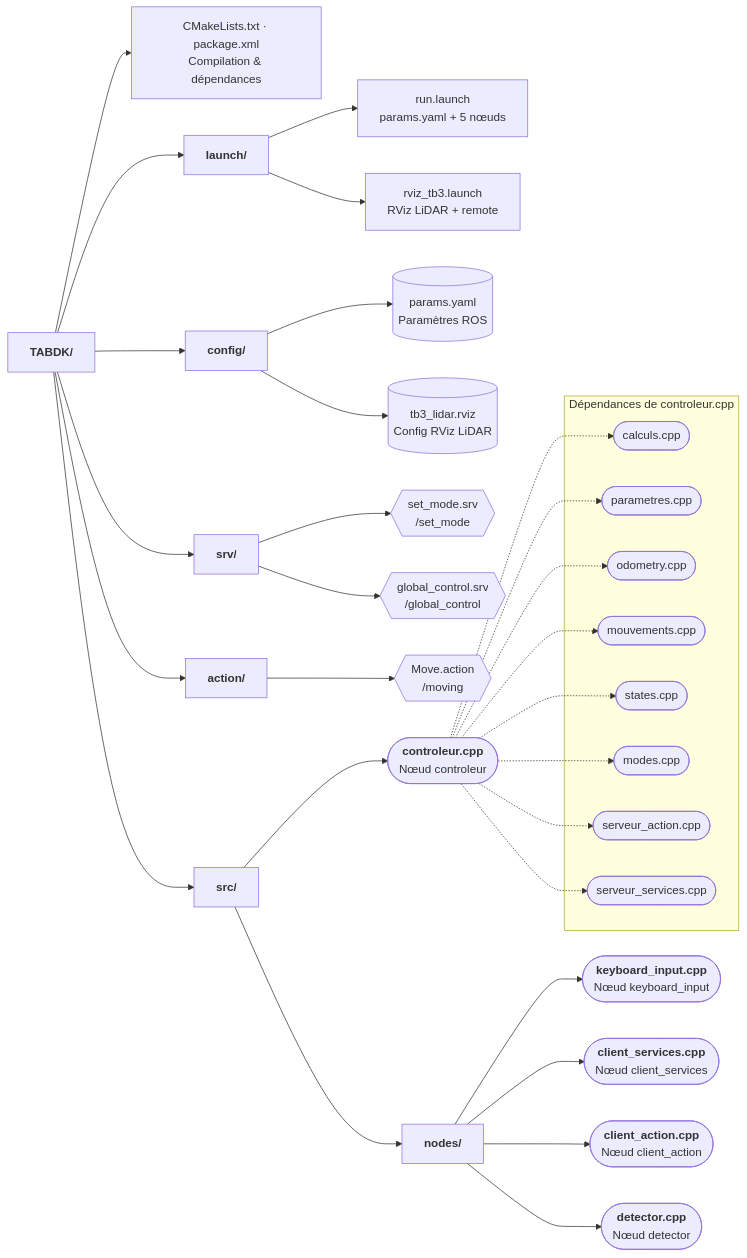
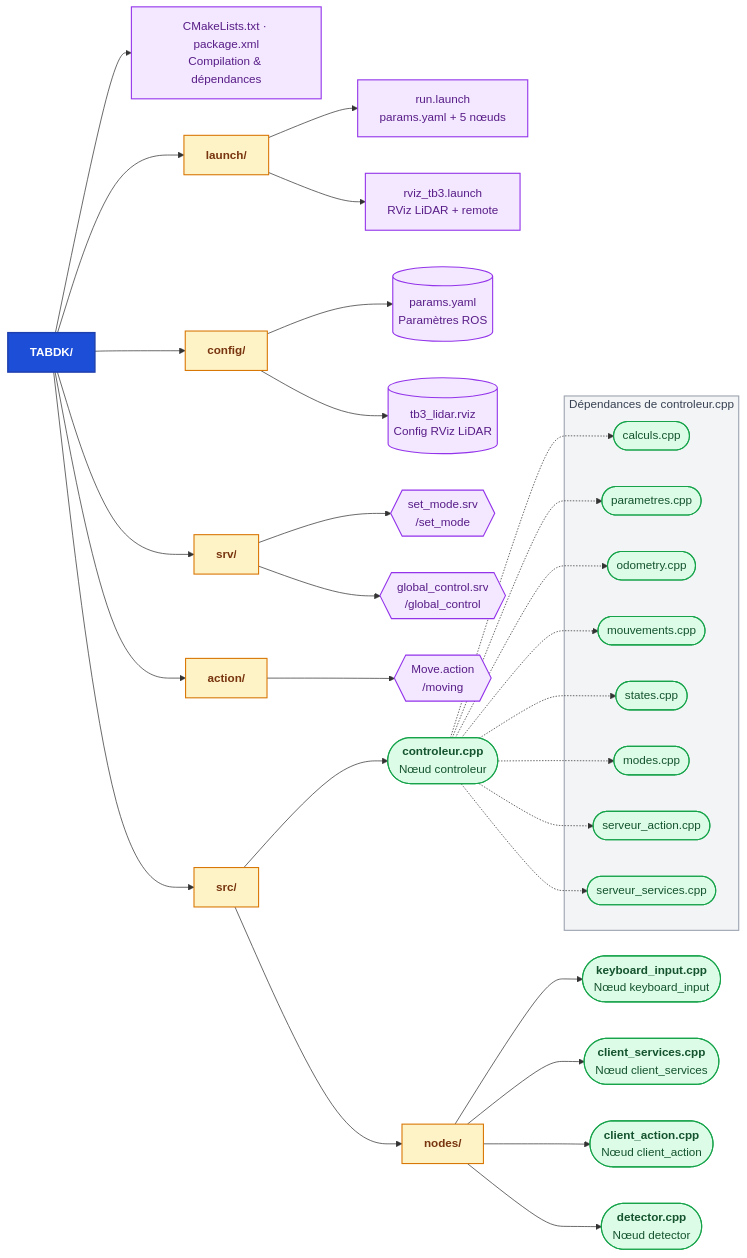
One commit to benoitdekeyn/E4SE_TD_TP changed the first of 7 diagrams in robotique_et_navigation/Rapport/Rapport.md. Above: the diagram before and after it, drawn with Mermaid. The commit also changed other lines of this file and 2 other files, not shown here.

Commit message:
colored zoom diagrams

````diff
--- a/robotique_et_navigation/Rapport/Rapport.md
+++ b/robotique_et_navigation/Rapport/Rapport.md
@@ -8,4 +8,4 @@
-```mermaid direction=LR
+```mermaid
 
 flowchart LR
     ROOT["`**TABDK/**`"]
@@ -81,4 +81,15 @@
     D_NODES --> N_CSRV
     D_NODES --> N_CACT
     D_NODES --> N_DET
+
+    classDef pkg fill:#1d4ed8,stroke:#1e40af,stroke-width:2px,color:#ffffff
+    classDef dossier fill:#fef3c7,stroke:#d97706,stroke-width:1.5px,color:#78350f
+    classDef cpp fill:#dcfce7,stroke:#16a34a,stroke-width:1.5px,color:#14532d
+    classDef autre fill:#f3e8ff,stroke:#9333ea,stroke-width:1.5px,color:#581c87
+
+    class ROOT pkg
+    class D_LAUNCH,D_CONFIG,D_SRV,D_ACTION,D_SRC,D_NODES dossier
+    class N_CTRL,M_CALC,M_PARAMS,M_ODOM,M_MVT,M_STATES,M_MODES,M_ACT,M_SRV,N_KEY,N_CSRV,N_CACT,N_DET cpp
+    class META,L_RUN,L_RVIZ,C_PARAMS,C_RVIZ,S_MODE,S_CTRL,A_MOVE autre
+    style DEPS_CTRL fill:#f3f4f6,stroke:#9ca3af,stroke-width:1.5px,color:#374151
 ```
````
